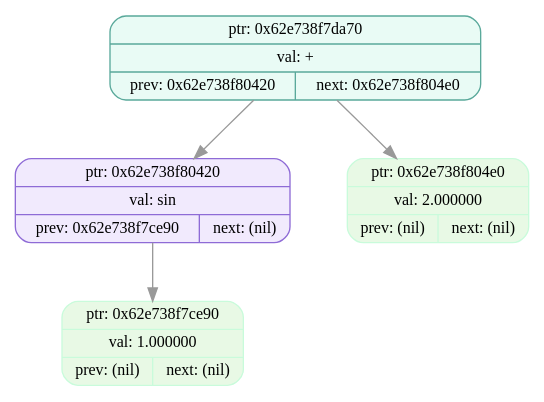
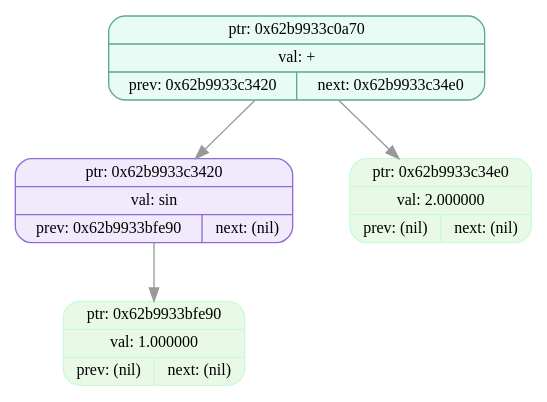
The diagram in dumps/tree_dump_007.dot (EvilTomato9890/Difference), drawn with Graphviz before and after one commit. The commit also changed 42 other files, not shown here.

```diff
--- a/dumps/tree_dump_007.dot
+++ b/dumps/tree_dump_007.dot
@@ -1,11 +1,11 @@
 digraph T{
   node [fontname="Fira Mono",shape=record,style="filled,rounded",fontsize=12];
   graph [splines=true, nodesep=0.6, ranksep=0.6];
-  node_0x62e738f7da70[shape=record,label="{ {ptr: 0x62e738f7da70} | {val: +} | { prev: 0x62e738f80420 | next: 0x62e738f804e0 } }",color="#5aa99b",fillcolor="#e9fbf5"];
-  node_0x62e738f80420[shape=record,label="{ {ptr: 0x62e738f80420} | {val: sin} | { prev: 0x62e738f7ce90 | next: (nil) } }",color="#8e6bd6",fillcolor="#f1eafd"];
-  node_0x62e738f7ce90[shape=record,label="{ {ptr: 0x62e738f7ce90} | {val: 1.000000} | { prev: (nil) | next: (nil) } }",color="#c9fbdbff",fillcolor="#e8f9e5ff"];
-  node_0x62e738f804e0[shape=record,label="{ {ptr: 0x62e738f804e0} | {val: 2.000000} | { prev: (nil) | next: (nil) } }",color="#c9fbdbff",fillcolor="#e8f9e5ff"];
-  node_0x62e738f7da70 -> node_0x62e738f80420 [color="#999999"];
-  node_0x62e738f7da70 -> node_0x62e738f804e0 [color="#999999"];
-  node_0x62e738f80420 -> node_0x62e738f7ce90 [color="#999999"];
+  node_0x62b9933c0a70[shape=record,label="{ {ptr: 0x62b9933c0a70} | {val: +} | { prev: 0x62b9933c3420 | next: 0x62b9933c34e0 } }",color="#5aa99b",fillcolor="#e9fbf5"];
+  node_0x62b9933c3420[shape=record,label="{ {ptr: 0x62b9933c3420} | {val: sin} | { prev: 0x62b9933bfe90 | next: (nil) } }",color="#8e6bd6",fillcolor="#f1eafd"];
+  node_0x62b9933bfe90[shape=record,label="{ {ptr: 0x62b9933bfe90} | {val: 1.000000} | { prev: (nil) | next: (nil) } }",color="#c9fbdbff",fillcolor="#e8f9e5ff"];
+  node_0x62b9933c34e0[shape=record,label="{ {ptr: 0x62b9933c34e0} | {val: 2.000000} | { prev: (nil) | next: (nil) } }",color="#c9fbdbff",fillcolor="#e8f9e5ff"];
+  node_0x62b9933c0a70 -> node_0x62b9933c3420 [color="#999999"];
+  node_0x62b9933c0a70 -> node_0x62b9933c34e0 [color="#999999"];
+  node_0x62b9933c3420 -> node_0x62b9933bfe90 [color="#999999"];
 }
```
